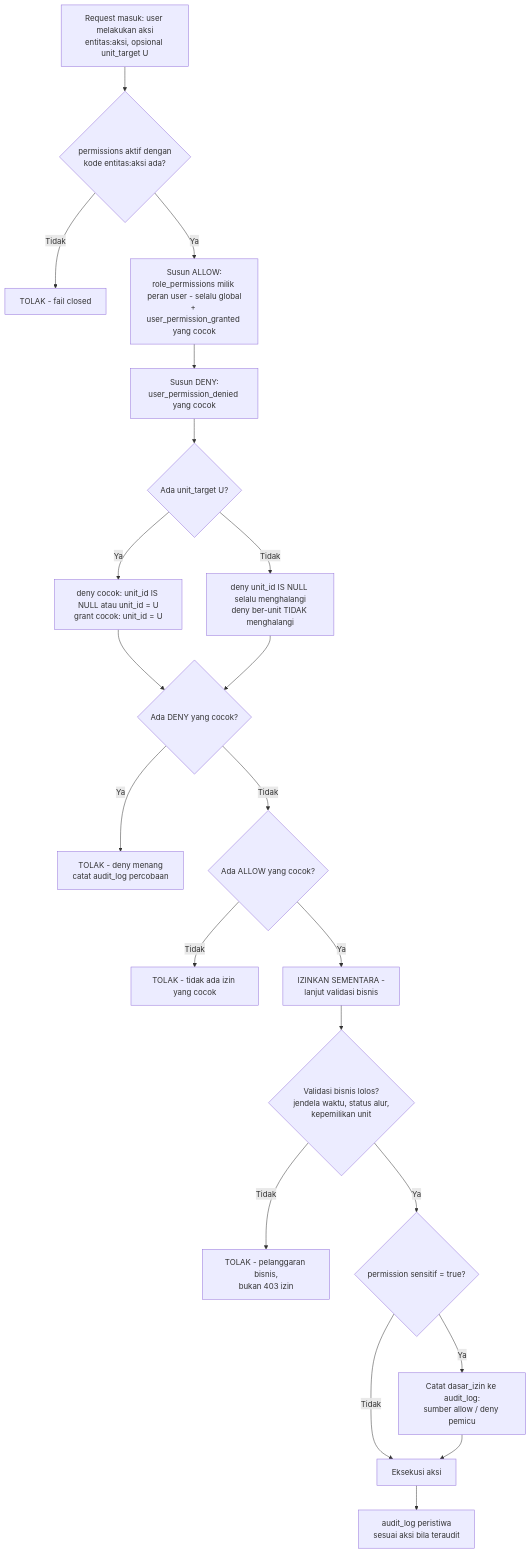
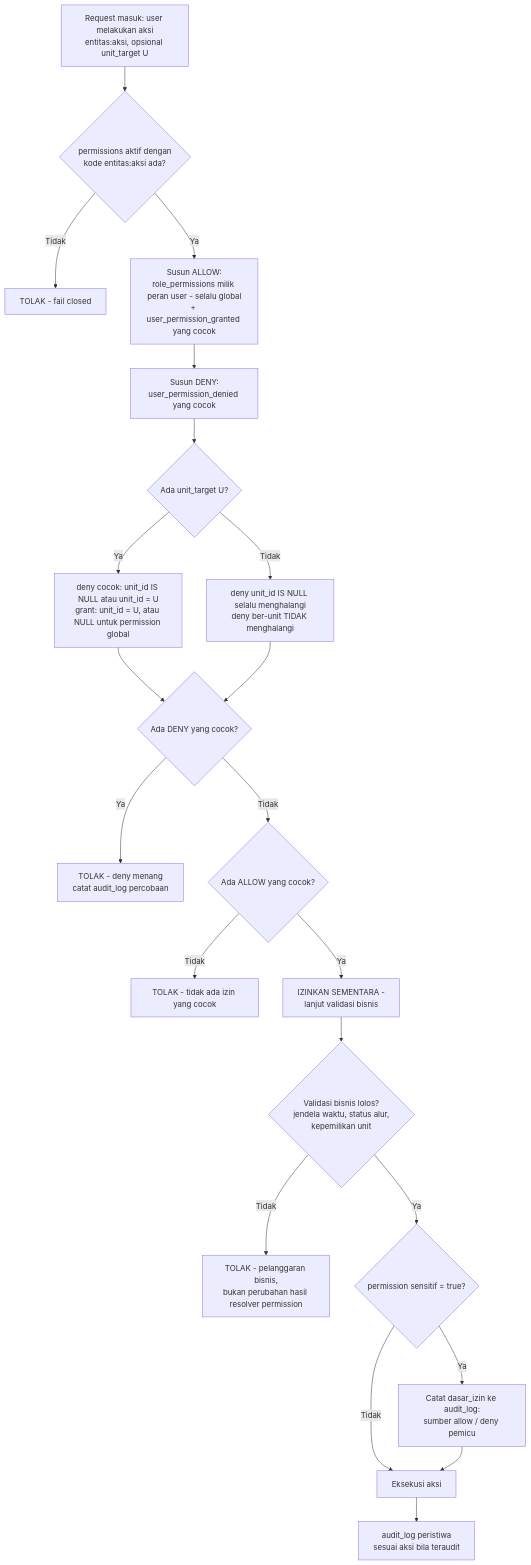
Diagram 20 of 23 in document/SAKIP - Workflow.md (LLDIKTI-XVI-TEAM/SAKIP), drawn with Mermaid before and after one commit. The commit also changed other lines of this file and 4 other files, not shown here.

````diff
--- a/document/SAKIP - Workflow.md
+++ b/document/SAKIP - Workflow.md
@@ -1578,23 +1603,23 @@
 ```mermaid
 flowchart TD
     A[Request masuk: user melakukan aksi\nentitas:aksi, opsional unit_target U] --> B{permissions aktif dengan\nkode entitas:aksi ada?}
     B -- Tidak --> Z1[TOLAK - fail closed]
     B -- Ya --> C[Susun ALLOW:\nrole_permissions milik peran user - selalu global\n+ user_permission_granted yang cocok]
     C --> D[Susun DENY:\nuser_permission_denied yang cocok]
     D --> E{Ada unit_target U?}
-    E -- Ya --> F[deny cocok: unit_id IS NULL atau unit_id = U\ngrant cocok: unit_id = U]
+    E -- Ya --> F[deny cocok: unit_id IS NULL atau unit_id = U\ngrant: unit_id = U, atau NULL untuk permission global]
     E -- Tidak --> G[deny unit_id IS NULL selalu menghalangi\ndeny ber-unit TIDAK menghalangi]
     F --> H{Ada DENY yang cocok?}
     G --> H
     H -- Ya --> Z2[TOLAK - deny menang\ncatat audit_log percobaan]
     H -- Tidak --> I{Ada ALLOW yang cocok?}
     I -- Tidak --> Z3[TOLAK - tidak ada izin yang cocok]
     I -- Ya --> J[IZINKAN SEMENTARA -\nlanjut validasi bisnis]
     J --> K{Validasi bisnis lolos?\njendela waktu, status alur,\nkepemilikan unit}
-    K -- Tidak --> Z4[TOLAK - pelanggaran bisnis,\nbukan 403 izin]
+    K -- Tidak --> Z4[TOLAK - pelanggaran bisnis,\nbukan perubahan hasil resolver permission]
     K -- Ya --> L{permission sensitif = true?}
     L -- Ya --> M[Catat dasar_izin ke audit_log:\nsumber allow / deny pemicu]
     L -- Tidak --> N[Eksekusi aksi]
     M --> N
     N --> O[audit_log peristiwa\nsesuai aksi bila teraudit]
 ```
````
